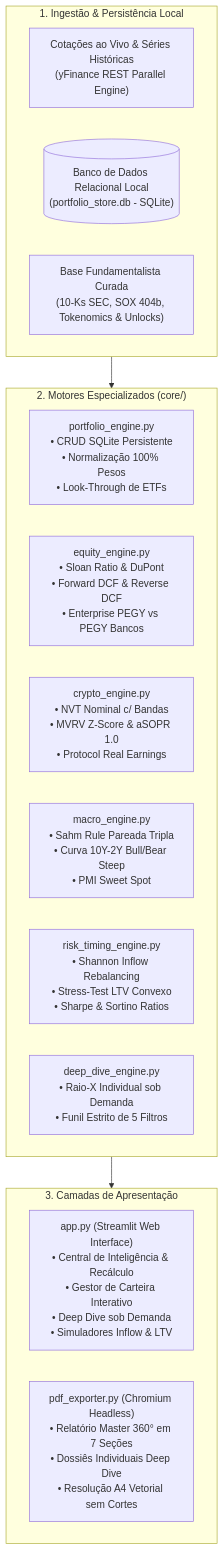
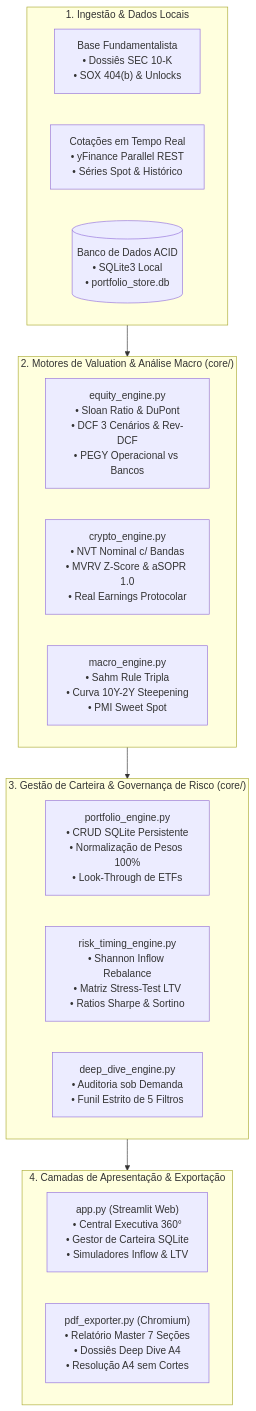
One commit to DouG-2007/institutional-investment-terminal changed the diagram in README.md. Above: the diagram before and after it, drawn with Mermaid.

Commit message:
fix(docs): re-architect mermaid flowchart into 4 balanced tiers to eliminate text clipping on GitHub

````diff
--- a/README.md
+++ b/README.md
@@ -41,25 +41,33 @@
 ```mermaid
 flowchart TD
-    subgraph INGESTION ["1. Ingestão & Persistência Local"]
-        YF["Cotações ao Vivo & Séries Históricas<br/>(yFinance REST Parallel Engine)"]
-        SQL[("Banco de Dados Relacional Local<br/>(portfolio_store.db - SQLite)")]
-        KB["Base Fundamentalista Curada<br/>(10-Ks SEC, SOX 404b, Tokenomics & Unlocks)"]
+    subgraph INGESTION ["1. Ingestão & Dados Locais"]
+        direction LR
+        KB["Base Fundamentalista<br/>• Dossiês SEC 10-K<br/>• SOX 404(b) & Unlocks"]
+        YF["Cotações em Tempo Real<br/>• yFinance Parallel REST<br/>• Séries Spot & Histórico"]
+        SQL[("Banco de Dados ACID<br/>• SQLite3 Local<br/>• portfolio_store.db")]
     end
 
-    subgraph ENGINES ["2. Motores Especializados (core/)"]
-        PORT["portfolio_engine.py<br/>• CRUD SQLite Persistente<br/>• Normalização 100% Pesos<br/>• Look-Through de ETFs"]
-        EQUITY["equity_engine.py<br/>• Sloan Ratio & DuPont<br/>• Forward DCF & Reverse DCF<br/>• Enterprise PEGY vs PEGY Bancos"]
-        CRYPTO["crypto_engine.py<br/>• NVT Nominal c/ Bandas<br/>• MVRV Z-Score & aSOPR 1.0<br/>• Protocol Real Earnings"]
-        MACRO["macro_engine.py<br/>• Sahm Rule Pareada Tripla<br/>• Curva 10Y-2Y Bull/Bear Steep<br/>• PMI Sweet Spot"]
-        RISK["risk_timing_engine.py<br/>• Shannon Inflow Rebalancing<br/>• Stress-Test LTV Convexo<br/>• Sharpe & Sortino Ratios"]
-        DEEP["deep_dive_engine.py<br/>• Raio-X Individual sob Demanda<br/>• Funil Estrito de 5 Filtros"]
+    subgraph VALUATION ["2. Motores de Valuation & Análise Macro (core/)"]
+        direction LR
+        EQUITY["equity_engine.py<br/>• Sloan Ratio & DuPont<br/>• DCF 3 Cenários & Rev-DCF<br/>• PEGY Operacional vs Bancos"]
+        CRYPTO["crypto_engine.py<br/>• NVT Nominal c/ Bandas<br/>• MVRV Z-Score & aSOPR 1.0<br/>• Real Earnings Protocolar"]
+        MACRO["macro_engine.py<br/>• Sahm Rule Tripla<br/>• Curva 10Y-2Y Steepening<br/>• PMI Sweet Spot"]
     end
 
-    subgraph PRESENTATION ["3. Camadas de Apresentação"]
-        WEB["app.py (Streamlit Web Interface)<br/>• Central de Inteligência & Recálculo<br/>• Gestor de Carteira Interativo<br/>• Deep Dive sob Demanda<br/>• Simuladores Inflow & LTV"]
-        PDF["pdf_exporter.py (Chromium Headless)<br/>• Relatório Master 360° em 7 Seções<br/>• Dossiês Individuais Deep Dive<br/>• Resolução A4 Vetorial sem Cortes"]
+    subgraph PORTFOLIO_MGMT ["3. Gestão de Carteira & Governança de Risco (core/)"]
+        direction LR
+        PORT["portfolio_engine.py<br/>• CRUD SQLite Persistente<br/>• Normalização de Pesos 100%<br/>• Look-Through de ETFs"]
+        RISK["risk_timing_engine.py<br/>• Shannon Inflow Rebalance<br/>• Matriz Stress-Test LTV<br/>• Ratios Sharpe & Sortino"]
+        DEEP["deep_dive_engine.py<br/>• Auditoria sob Demanda<br/>• Funil Estrito de 5 Filtros"]
     end
 
-    INGESTION --> ENGINES
-    ENGINES --> PRESENTATION
+    subgraph PRESENTATION ["4. Camadas de Apresentação & Exportação"]
+        direction LR
+        WEB["app.py (Streamlit Web)<br/>• Central Executiva 360°<br/>• Gestor de Carteira SQLite<br/>• Simuladores Inflow & LTV"]
+        PDF["pdf_exporter.py (Chromium)<br/>• Relatório Master 7 Seções<br/>• Dossiês Deep Dive A4<br/>• Resolução A4 sem Cortes"]
+    end
+
+    INGESTION --> VALUATION
+    VALUATION --> PORTFOLIO_MGMT
+    PORTFOLIO_MGMT --> PRESENTATION
 ```
````
